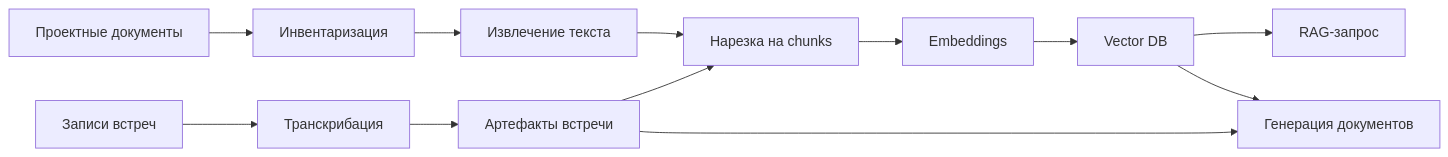
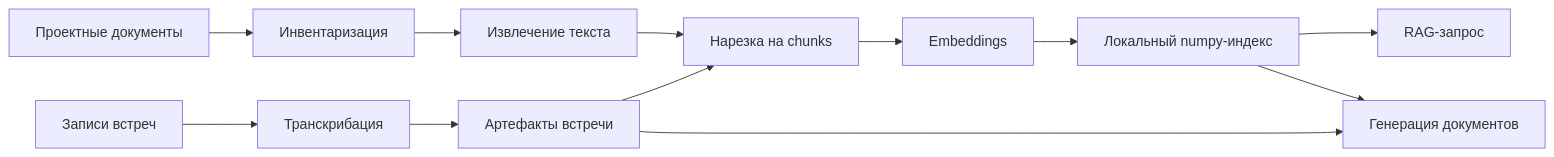
Before and after one commit to Anatoliy-Sysoev/MeetingAgent: the diagram in docs/architecture/ARCHITECTURE.md, drawn with Mermaid. The commit also changed other lines of this file and 28 other files, not shown here.

````diff
--- a/docs/architecture/ARCHITECTURE.md
+++ b/docs/architecture/ARCHITECTURE.md
@@ -5,14 +5,14 @@
 ```mermaid
 flowchart LR
     A["Проектные документы"] --> B["Инвентаризация"]
     B --> C["Извлечение текста"]
     C --> D["Нарезка на chunks"]
     D --> E["Embeddings"]
-    E --> F["Vector DB"]
+    E --> F["Локальный numpy-индекс"]
     G["Записи встреч"] --> H["Транскрибация"]
     H --> I["Артефакты встречи"]
     I --> D
     F --> J["RAG-запрос"]
     F --> K["Генерация документов"]
     I --> K
 ```
````
